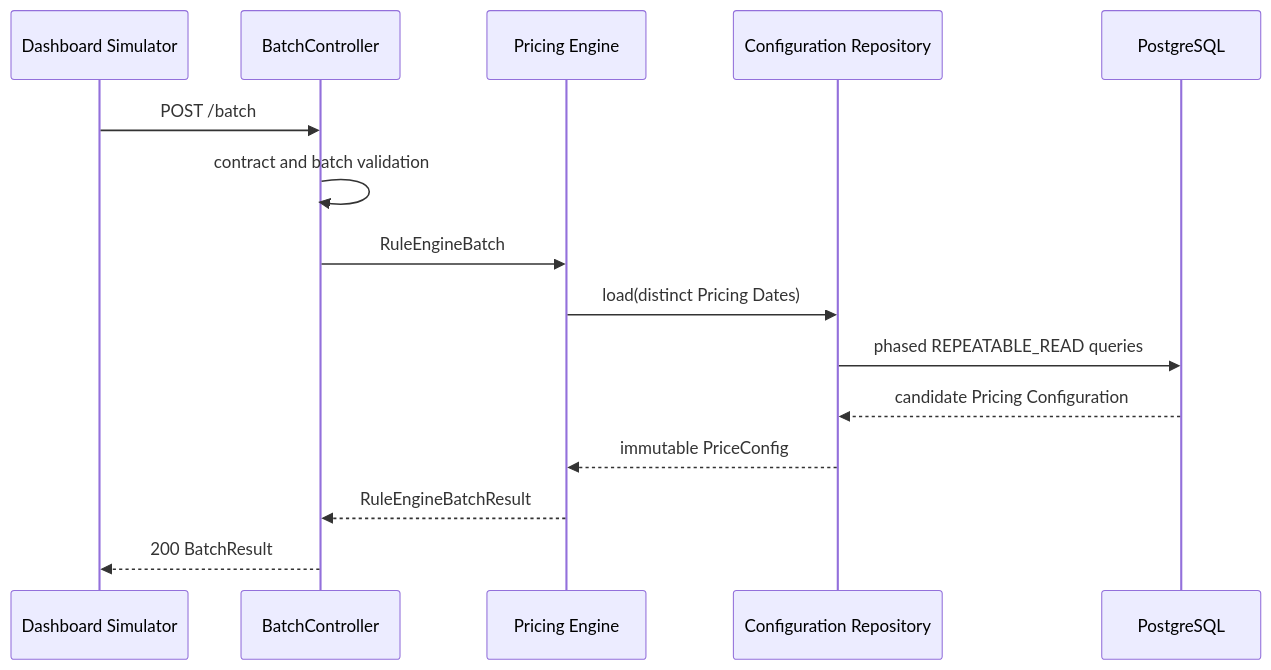
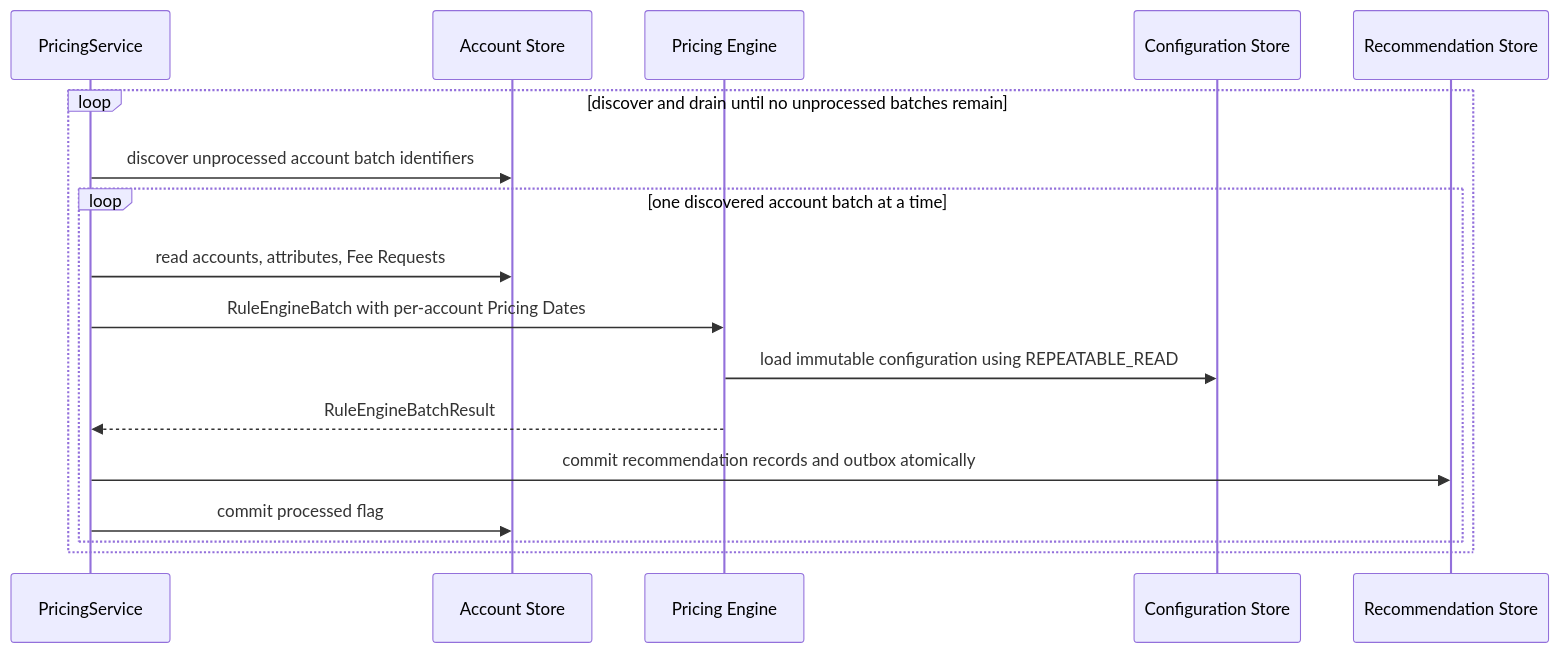
The diagram in docs/agents/wiki/03 Workflows/Evaluate a Pricing Batch.md (DerekThree/pricing-app), drawn with Mermaid before and after one commit. The commit also changed other lines of this file and 14 other files, not shown here.

Commit message:
Updated docs with pricing engine information

````diff
--- a/docs/agents/wiki/03 Workflows/Evaluate a Pricing Batch.md
+++ b/docs/agents/wiki/03 Workflows/Evaluate a Pricing Batch.md
@@ -13,18 +16,19 @@
 ```mermaid
 sequenceDiagram
-    participant UI as Dashboard Simulator
-    participant API as BatchController
+    participant S as PricingService
+    participant A as Account Store
     participant E as Pricing Engine
-    participant R as Configuration Repository
-    participant DB as PostgreSQL
-
-    UI->>API: POST /batch
-    API->>API: contract and batch validation
-    API->>E: RuleEngineBatch
-    E->>R: load(distinct Pricing Dates)
-    R->>DB: phased REPEATABLE_READ queries
-    DB-->>R: candidate Pricing Configuration
-    R-->>E: immutable PriceConfig
-    E-->>API: RuleEngineBatchResult
-    API-->>UI: 200 BatchResult
+    participant C as Configuration Store
+    participant R as Recommendation Store
+    loop discover and drain until no unprocessed batches remain
+        S->>A: discover unprocessed account batch identifiers
+        loop one discovered account batch at a time
+            S->>A: read accounts, attributes, Fee Requests
+            S->>E: RuleEngineBatch with per-account Pricing Dates
+            E->>C: load immutable configuration using REPEATABLE_READ
+            E-->>S: RuleEngineBatchResult
+            S->>R: commit recommendation records and outbox atomically
+            S->>A: commit processed flag
+        end
+    end
 ```
````
